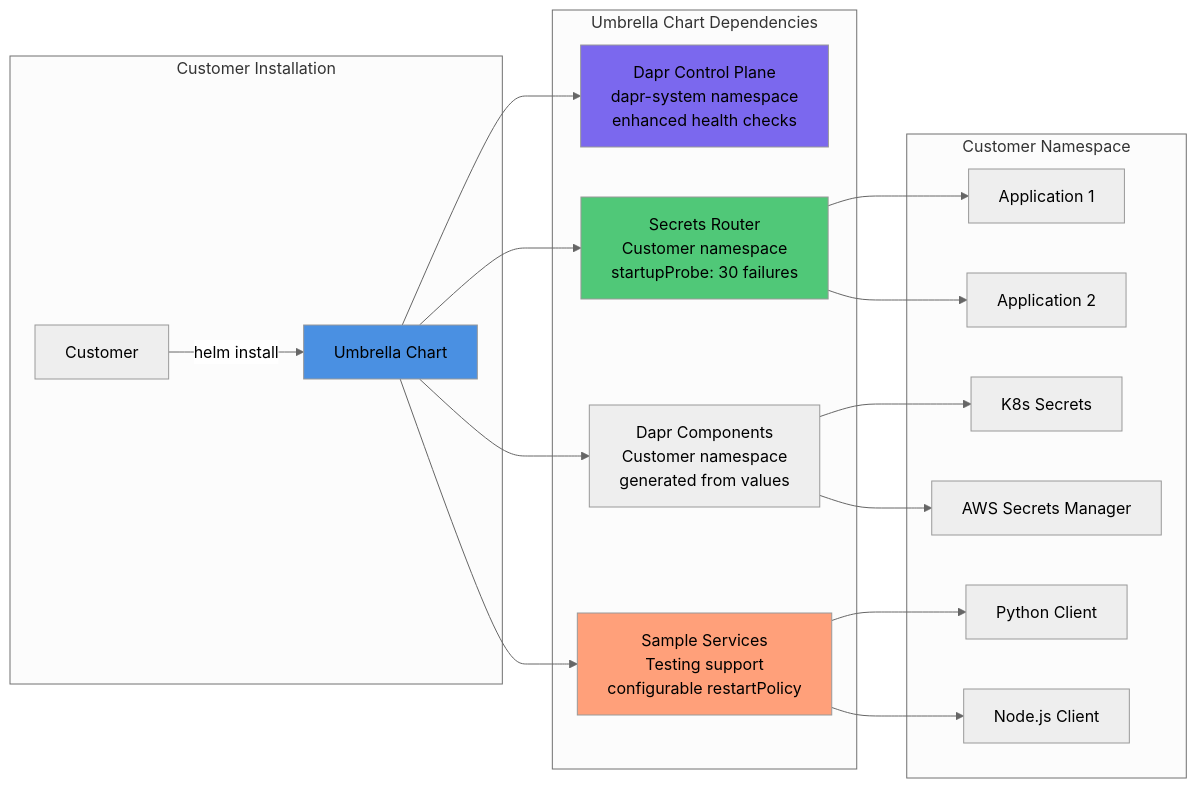
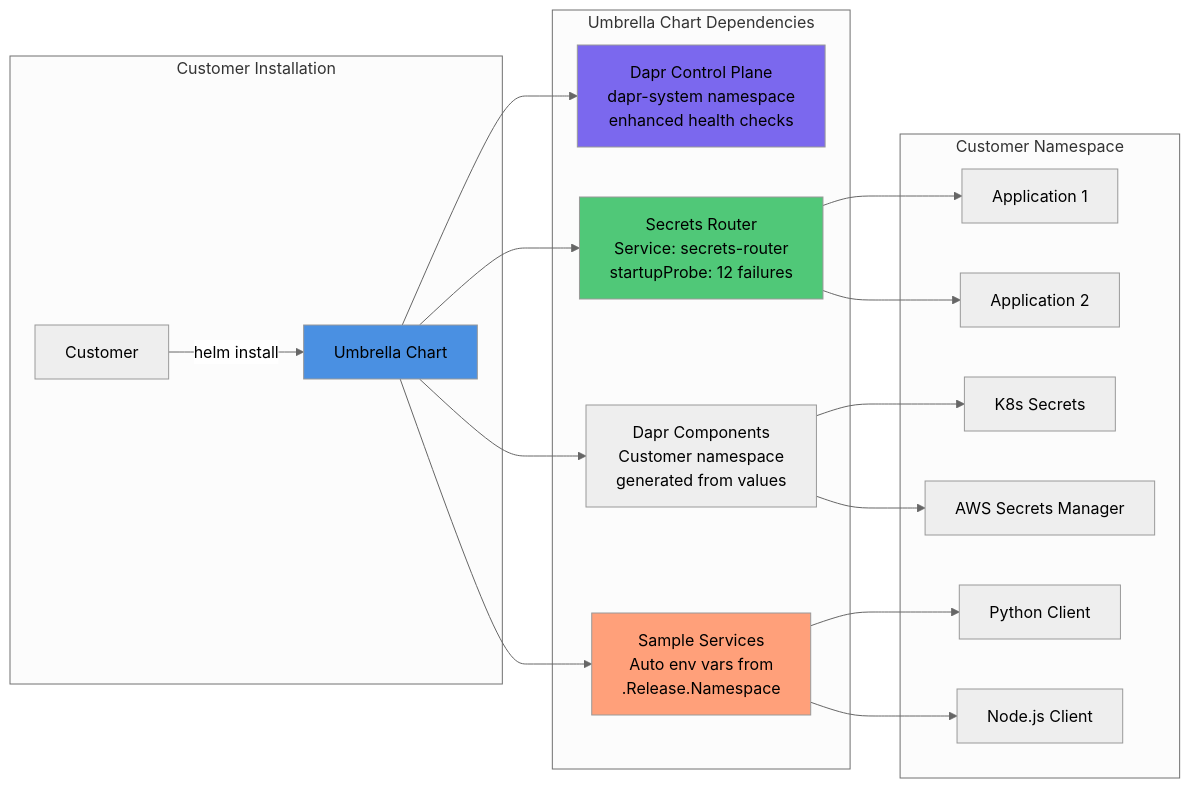
The third of 3 diagrams in ARCHITECTURE.md (caretak3r/secrets-router), drawn with Mermaid (neutral theme) before and after one commit. The commit also changed other lines of this file and 10 other files, not shown here.

````diff
--- a/ARCHITECTURE.md
+++ b/ARCHITECTURE.md
@@ -261,27 +287,27 @@
 ```mermaid
 graph LR
     subgraph "Customer Installation"
         CUSTOMER[Customer] -->|helm install| UMBRELLA[Umbrella Chart]
     end
     
     subgraph "Umbrella Chart Dependencies"
         UMBRELLA --> DAPR[Dapr Control Plane<br/>dapr-system namespace<br/>enhanced health checks]
-        UMBRELLA --> ROUTER[Secrets Router<br/>Customer namespace<br/>startupProbe: 30 failures]
+        UMBRELLA --> ROUTER["Secrets Router<br/>Service: secrets-router<br/>startupProbe: 12 failures"]
         UMBRELLA --> COMPONENTS[Dapr Components<br/>Customer namespace<br/>generated from values]
-        UMBRELLA --> SAMPLE[Sample Services<br/>Testing support<br/>configurable restartPolicy]
+        UMBRELLA --> SAMPLE["Sample Services<br/>Auto env vars from<br/>.Release.Namespace"]
     end
     
     subgraph "Customer Namespace"
         ROUTER --> APP1[Application 1]
         ROUTER --> APP2[Application 2]
         COMPONENTS --> K8S[K8s Secrets]
         COMPONENTS --> AWS[AWS Secrets Manager]
         SAMPLE --> CLIENT1[Python Client]
         SAMPLE --> CLIENT2[Node.js Client]
     end
     
     style UMBRELLA fill:#4a90e2
     style DAPR fill:#7b68ee
     style ROUTER fill:#50c878
     style SAMPLE fill:#ffa07a
 ```
````
